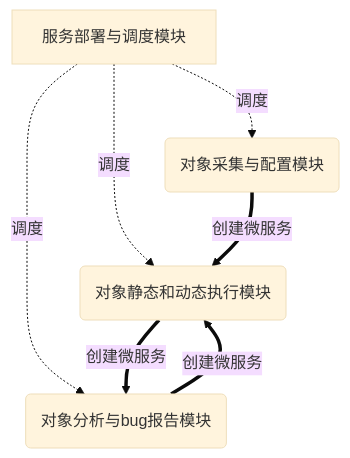
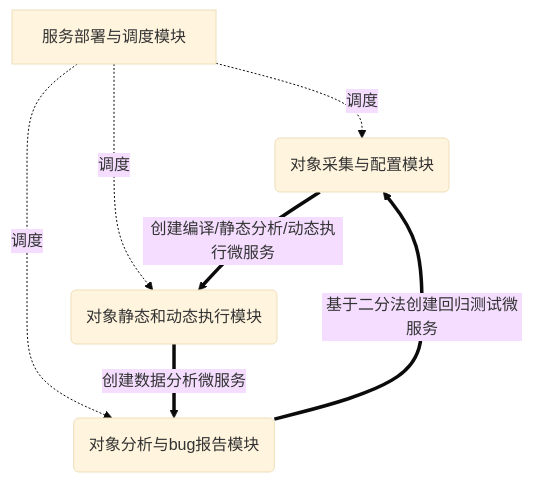
Before and after one commit to openthos/kis-analysis: the first of 2 diagrams in doc/kis-design/kis-design.md, drawn with Mermaid (base theme). The commit also changed other lines of this file, not shown here.

````diff
--- a/doc/kis-design/kis-design.md
+++ b/doc/kis-design/kis-design.md
@@ -69,9 +73,9 @@
 ```mermaid
 graph TD
 A[服务部署与调度模块] -.->|调度|B(对象采集与配置模块)
     A -.-> |调度|C(对象静态和动态执行模块)
     A -.-> |调度|D(对象分析与bug报告模块)
-    B ==> |创建微服务|C
-    C ==> |创建微服务|D
-    D ==> |创建微服务|C
+    B ==> |创建编译/静态分析/动态执行微服务|C
+    C ==> |创建数据分析微服务|D
+    D ==> |基于二分法创建回归测试微服务|B
 ```
````
